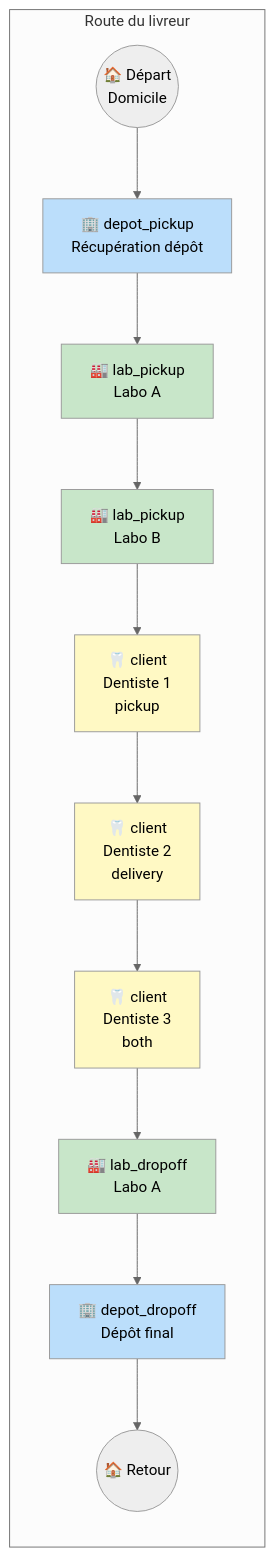
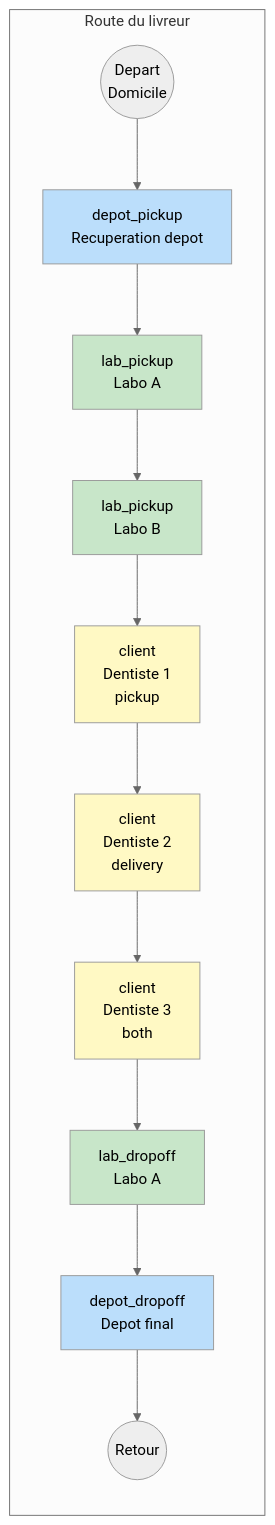
The fifth of 5 diagrams in README.md (blackrolf/provence-courses-supabase), drawn with Mermaid (neutral theme) before and after one commit. The commit also changed other lines of this file, not shown here.

First line of the commit message:
Diagrammes Mermaid en sections pliables, sans emojis

````diff
--- a/README.md
+++ b/README.md
@@ -336,33 +366,33 @@
 ```mermaid
 flowchart LR
     subgraph ROUTE["Route du livreur"]
         direction TB
-        START((🏠 Départ<br/>Domicile))
+        START((Depart<br/>Domicile))
 
-        DP[🏢 depot_pickup<br/>Récupération dépôt]
+        DP[depot_pickup<br/>Recuperation depot]
 
-        LP1[🏭 lab_pickup<br/>Labo A]
-        LP2[🏭 lab_pickup<br/>Labo B]
+        LP1[lab_pickup<br/>Labo A]
+        LP2[lab_pickup<br/>Labo B]
 
-        C1[🦷 client<br/>Dentiste 1<br/>pickup]
-        C2[🦷 client<br/>Dentiste 2<br/>delivery]
-        C3[🦷 client<br/>Dentiste 3<br/>both]
+        C1[client<br/>Dentiste 1<br/>pickup]
+        C2[client<br/>Dentiste 2<br/>delivery]
+        C3[client<br/>Dentiste 3<br/>both]
 
-        LD1[🏭 lab_dropoff<br/>Labo A]
+        LD1[lab_dropoff<br/>Labo A]
 
-        DD[🏢 depot_dropoff<br/>Dépôt final]
+        DD[depot_dropoff<br/>Depot final]
 
-        END((🏠 Retour))
+        END((Retour))
     end
 
     START --> DP --> LP1 --> LP2 --> C1 --> C2 --> C3 --> LD1 --> DD --> END
 
     style DP fill:#bbdefb
     style LP1 fill:#c8e6c9
     style LP2 fill:#c8e6c9
     style C1 fill:#fff9c4
     style C2 fill:#fff9c4
     style C3 fill:#fff9c4
     style LD1 fill:#c8e6c9
     style DD fill:#bbdefb
 ```
````
